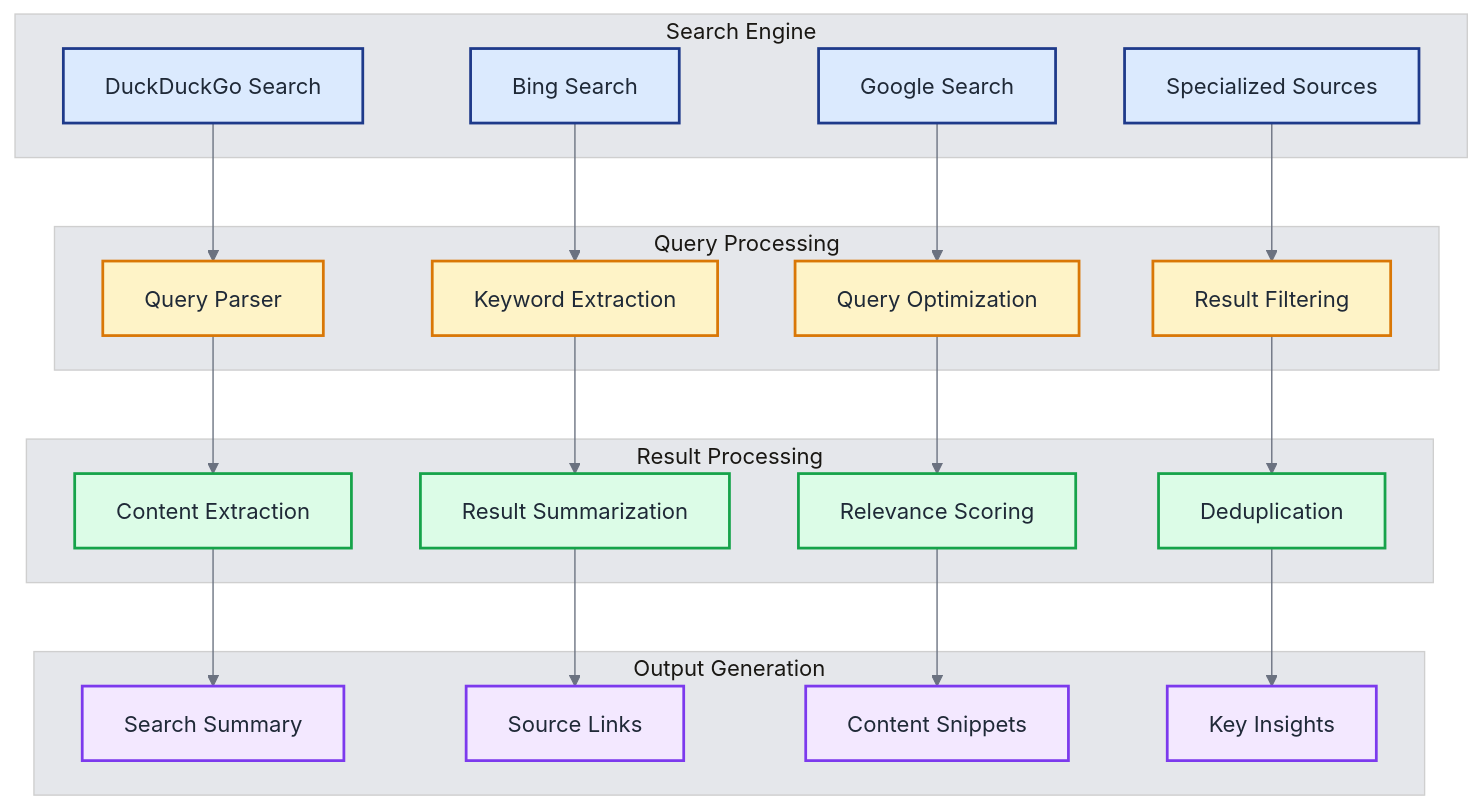
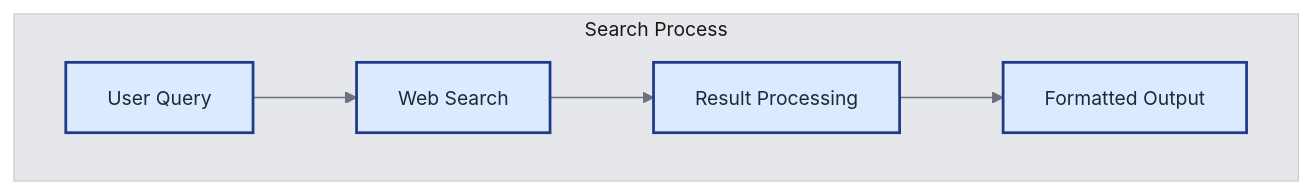
Before and after one commit to khaosans/basic-chat: the third of 7 diagrams in docs/FEATURES.md, drawn with Mermaid. The commit also changed other lines of this file and 3 other files, not shown here.

Commit message:
docs: Revise technical overview and update architecture diagrams - Simplify terminology and improve clarity in diagrams - Adjust font sizes and class definitions for better readability

````diff
--- a/docs/FEATURES.md
+++ b/docs/FEATURES.md
@@ -481,56 +248,18 @@
 ```mermaid
-%%{init: {'theme': 'base', 'themeVariables': { 'fontSize': '16px', 'fontFamily': 'Arial, sans-serif', 'primaryColor': '#1e3a8a', 'primaryTextColor': '#1f2937', 'primaryBorderColor': '#374151', 'lineColor': '#6b7280', 'secondaryColor': '#f3f4f6', 'tertiaryColor': '#e5e7eb', 'edgeLabelBackground': '#f9fafb'}}}%%
+%%{init: {'theme': 'base', 'themeVariables': { 'fontSize': '14px', 'fontFamily': 'Arial, sans-serif', 'primaryColor': '#1e3a8a', 'primaryTextColor': '#1f2937', 'primaryBorderColor': '#374151', 'lineColor': '#6b7280', 'secondaryColor': '#f3f4f6', 'tertiaryColor': '#e5e7eb'}}}%%
 graph TB
-    subgraph "Search Engine"
-        DUCKDUCKGO[DuckDuckGo Search]
-        BING[Bing Search]
-        GOOGLE[Google Search]
-        SPECIALIZED[Specialized Sources]
+    subgraph "Search Process"
+        QUERY[User Query]
+        SEARCH[Web Search]
+        PROCESS[Result Processing]
+        OUTPUT[Formatted Output]
     end
     
-    subgraph "Query Processing"
-        QUERY_PARSER[Query Parser]
-        KEYWORD_EXTRACT[Keyword Extraction]
-        QUERY_OPTIMIZATION[Query Optimization]
-        FILTERING[Result Filtering]
-    end
+    QUERY --> SEARCH
+    SEARCH --> PROCESS
+    PROCESS --> OUTPUT
     
-    subgraph "Result Processing"
-        CONTENT_EXTRACT[Content Extraction]
-        SUMMARIZATION[Result Summarization]
-        RELEVANCE[Relevance Scoring]
-        DEDUPLICATION[Deduplication]
-    end
+    classDef process fill:#dbeafe,stroke:#1e3a8a,stroke-width:2px,color:#1f2937
     
-    subgraph "Output Generation"
-        SUMMARY[Search Summary]
-        SOURCES[Source Links]
-        SNIPPETS[Content Snippets]
-        INSIGHTS[Key Insights]
-    end
-    
-    DUCKDUCKGO --> QUERY_PARSER
-    BING --> KEYWORD_EXTRACT
-    GOOGLE --> QUERY_OPTIMIZATION
-    SPECIALIZED --> FILTERING
-    
-    QUERY_PARSER --> CONTENT_EXTRACT
-    KEYWORD_EXTRACT --> SUMMARIZATION
-    QUERY_OPTIMIZATION --> RELEVANCE
-    FILTERING --> DEDUPLICATION
-    
-    CONTENT_EXTRACT --> SUMMARY
-    SUMMARIZATION --> SOURCES
-    RELEVANCE --> SNIPPETS
-    DEDUPLICATION --> INSIGHTS
-    
-    classDef engine fill:#dbeafe,stroke:#1e3a8a,stroke-width:2px,color:#1f2937
-    classDef processing fill:#fef3c7,stroke:#d97706,stroke-width:2px,color:#1f2937
-    classDef results fill:#dcfce7,stroke:#16a34a,stroke-width:2px,color:#1f2937
-    classDef output fill:#f3e8ff,stroke:#7c3aed,stroke-width:2px,color:#1f2937
-    
-    class DUCKDUCKGO,BING,GOOGLE,SPECIALIZED engine
-    class QUERY_PARSER,KEYWORD_EXTRACT,QUERY_OPTIMIZATION,FILTERING processing
-    class CONTENT_EXTRACT,SUMMARIZATION,RELEVANCE,DEDUPLICATION results
-    class SUMMARY,SOURCES,SNIPPETS,INSIGHTS output
+    class QUERY,SEARCH,PROCESS,OUTPUT process
 ```
````
